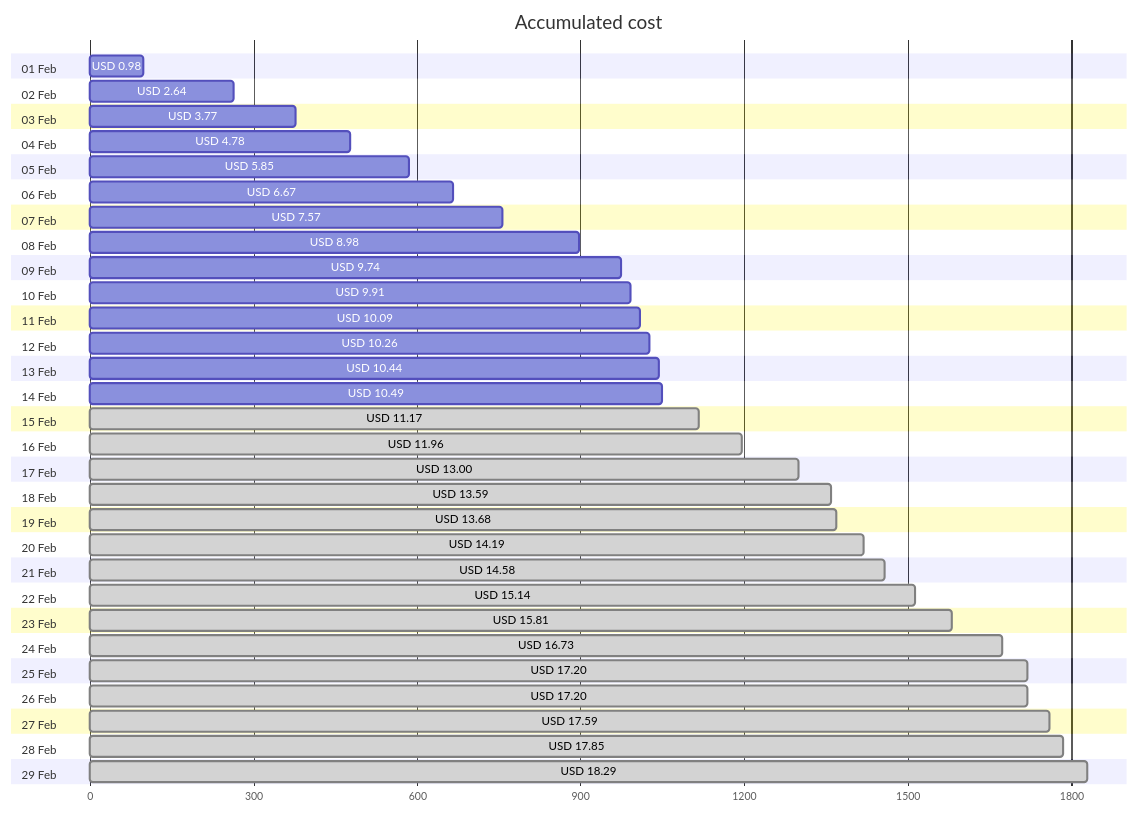
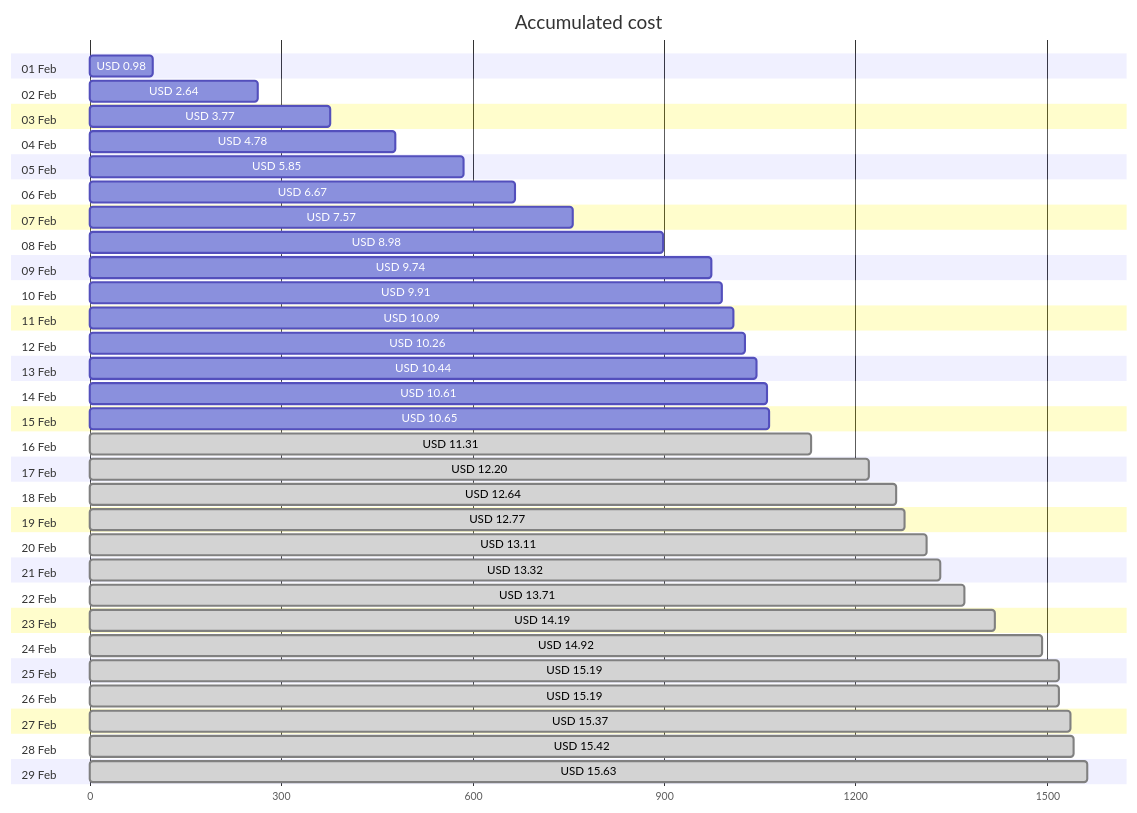
The first of 4 diagrams in cost-reports/personal-network/vpn-server.md (jpfulton/azure-personal-reports), drawn with Mermaid before and after one commit. The commit also changed other lines of this file and 8 other files, not shown here.

````diff
--- a/cost-reports/personal-network/vpn-server.md
+++ b/cost-reports/personal-network/vpn-server.md
@@ -20,64 +20,64 @@
 ```mermaid
 gantt
    title Accumulated cost
    dateFormat  X
    axisFormat %s
    section 01 Feb
    USD 0.98 :0, 98
    section 02 Feb
    USD 2.64 :0, 264
    section 03 Feb
    USD 3.77 :0, 377
    section 04 Feb
    USD 4.78 :0, 478
    section 05 Feb
    USD 5.85 :0, 585
    section 06 Feb
    USD 6.67 :0, 667
    section 07 Feb
    USD 7.57 :0, 757
    section 08 Feb
    USD 8.98 :0, 898
    section 09 Feb
    USD 9.74 :0, 974
    section 10 Feb
    USD 9.91 :0, 991
    section 11 Feb
    USD 10.09 :0, 1009
    section 12 Feb
    USD 10.26 :0, 1026
    section 13 Feb
    USD 10.44 :0, 1044
    section 14 Feb
-   USD 10.49 :0, 1049
+   USD 10.61 :0, 1061
    section 15 Feb
-   USD 11.17 : done, 0, 1117
+   USD 10.65 :0, 1065
    section 16 Feb
-   USD 11.96 : done, 0, 1196
+   USD 11.31 : done, 0, 1131
    section 17 Feb
-   USD 13.00 : done, 0, 1300
+   USD 12.20 : done, 0, 1220
    section 18 Feb
-   USD 13.59 : done, 0, 1359
+   USD 12.64 : done, 0, 1264
    section 19 Feb
-   USD 13.68 : done, 0, 1368
+   USD 12.77 : done, 0, 1277
    section 20 Feb
+   USD 13.11 : done, 0, 1311
+   section 21 Feb
+   USD 13.32 : done, 0, 1332
+   section 22 Feb
+   USD 13.71 : done, 0, 1371
+   section 23 Feb
    USD 14.19 : done, 0, 1419
-   section 21 Feb
-   USD 14.58 : done, 0, 1458
-   section 22 Feb
-   USD 15.14 : done, 0, 1514
-   section 23 Feb
-   USD 15.81 : done, 0, 1581
    section 24 Feb
-   USD 16.73 : done, 0, 1673
+   USD 14.92 : done, 0, 1492
    section 25 Feb
-   USD 17.20 : done, 0, 1720
+   USD 15.19 : done, 0, 1519
    section 26 Feb
-   USD 17.20 : done, 0, 1720
+   USD 15.19 : done, 0, 1519
    section 27 Feb
-   USD 17.59 : done, 0, 1759
+   USD 15.37 : done, 0, 1537
    section 28 Feb
-   USD 17.85 : done, 0, 1785
+   USD 15.42 : done, 0, 1542
    section 29 Feb
-   USD 18.29 : done, 0, 1829
+   USD 15.63 : done, 0, 1563
 ```
````
